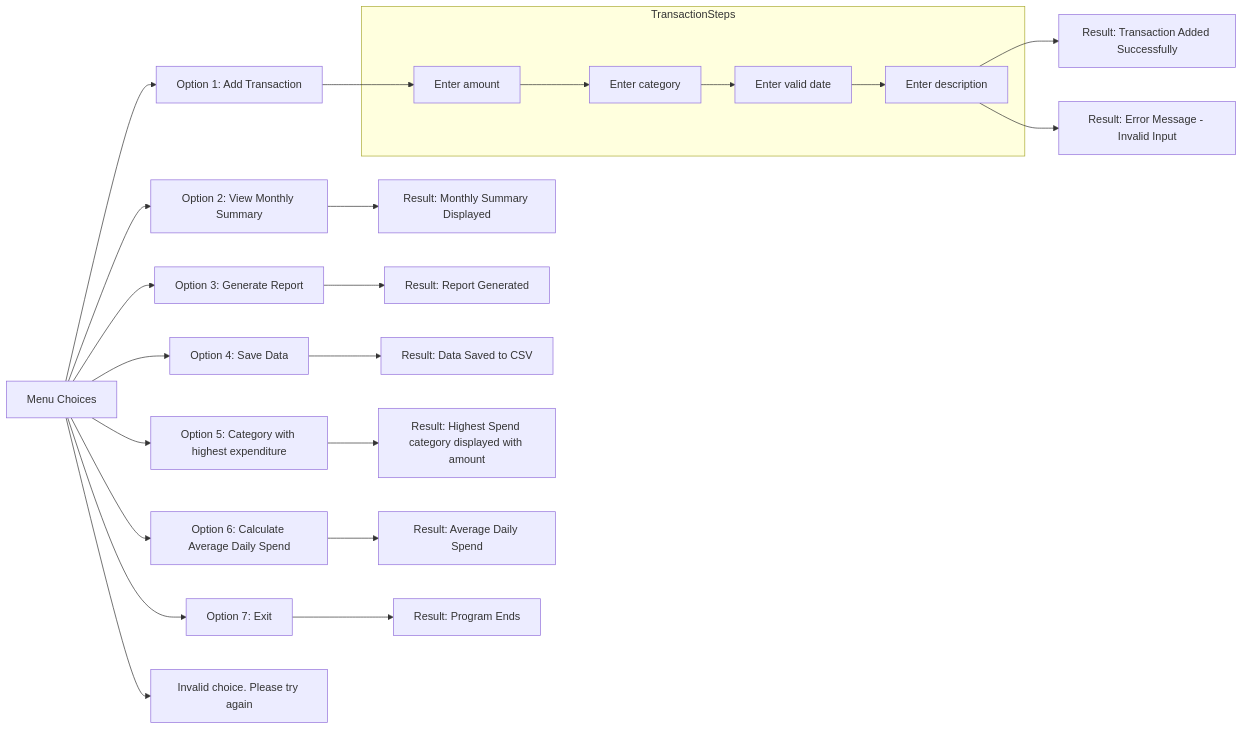
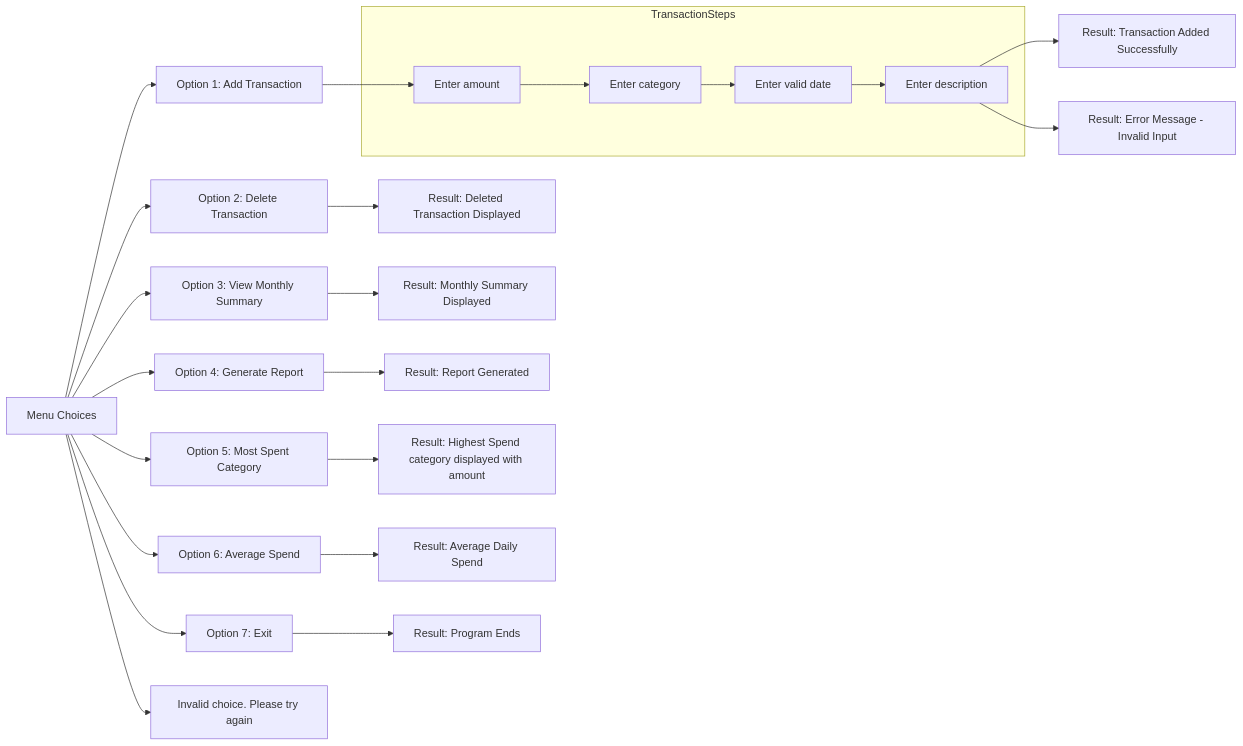
One commit to Kemar-Brown/CS50project changed the first of 3 diagrams in README.md. Above: the diagram before and after it, drawn with Mermaid. The commit also changed other lines of this file, not shown here.

Commit message:
flowchart edit

````diff
--- a/README.md
+++ b/README.md
@@ -518,35 +528,35 @@
 ```mermaid
 flowchart LR
     A[Menu Choices] --> B[Option 1: Add Transaction]
-    A --> C[Option 2: View Monthly Summary]
-    A --> C1[Option 3: Generate Report]
-    A --> C2[Option 4: Save Data]
-    A --> D[Option 5: Category with highest expenditure]
-    A --> E[Option 6: Calculate Average Daily Spend ]
+    A --> C[Option 2: Delete Transaction]
+    A --> C1[Option 3: View Monthly Summary]
+    A --> C2[Option 4: Generate Report]
+    A --> D[Option 5: Most Spent Category]
+    A --> E[Option 6: Average Spend ]
 
     A --> F[Option 7: Exit]
     
     %% Results of each option
     B --> L
-    C --> H[Result: Monthly Summary Displayed]
-    C1 --> C3[Result: Report Generated]
-    C2 --> C4[Result: Data Saved to CSV]
+    C --> H[Result: Deleted Transaction Displayed]
+    C1 --> C3[Result: Monthly Summary Displayed]
+    C2 --> C4[Result: Report Generated]
     D --> I[Result: Highest Spend category displayed with amount]
     E --> J[Result: Average Daily Spend]
     F --> K[Result: Program Ends]
 
     %% Transaction steps expanded
     subgraph TransactionSteps
         L[Enter amount] --> M[Enter category]
         M --> N[Enter valid date]
         N --> O[Enter description]
     end
 
     %% Two possible outcomes after transaction steps
     O --> G[Result: Transaction Added Successfully]
     O --> G2[Result: Error Message - Invalid Input]
 
     %% Invalid choice branch
     A --> P[Invalid choice. Please try again]
 
 ```
````
